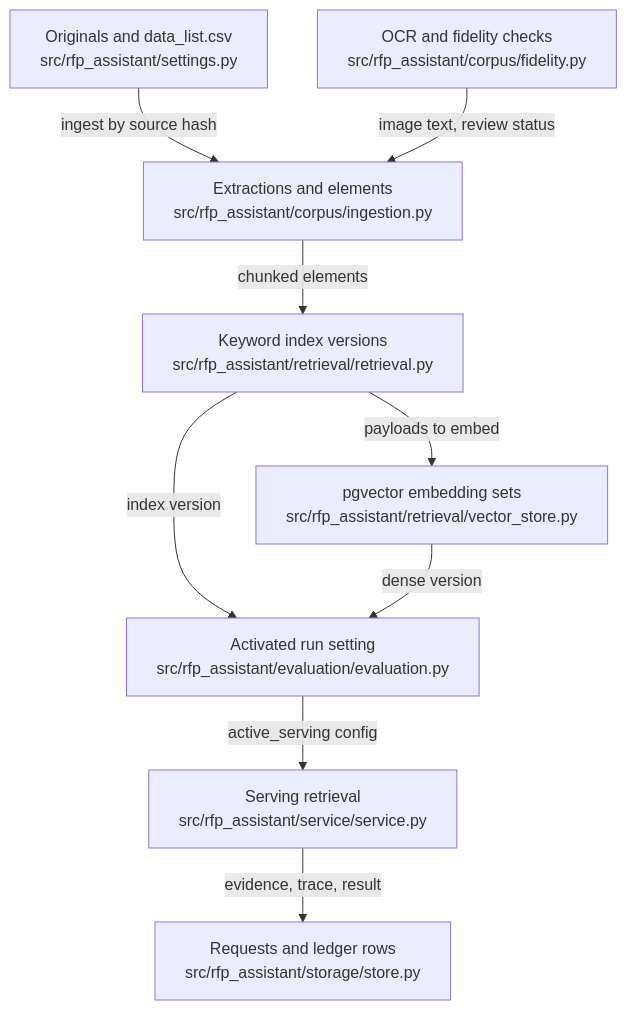
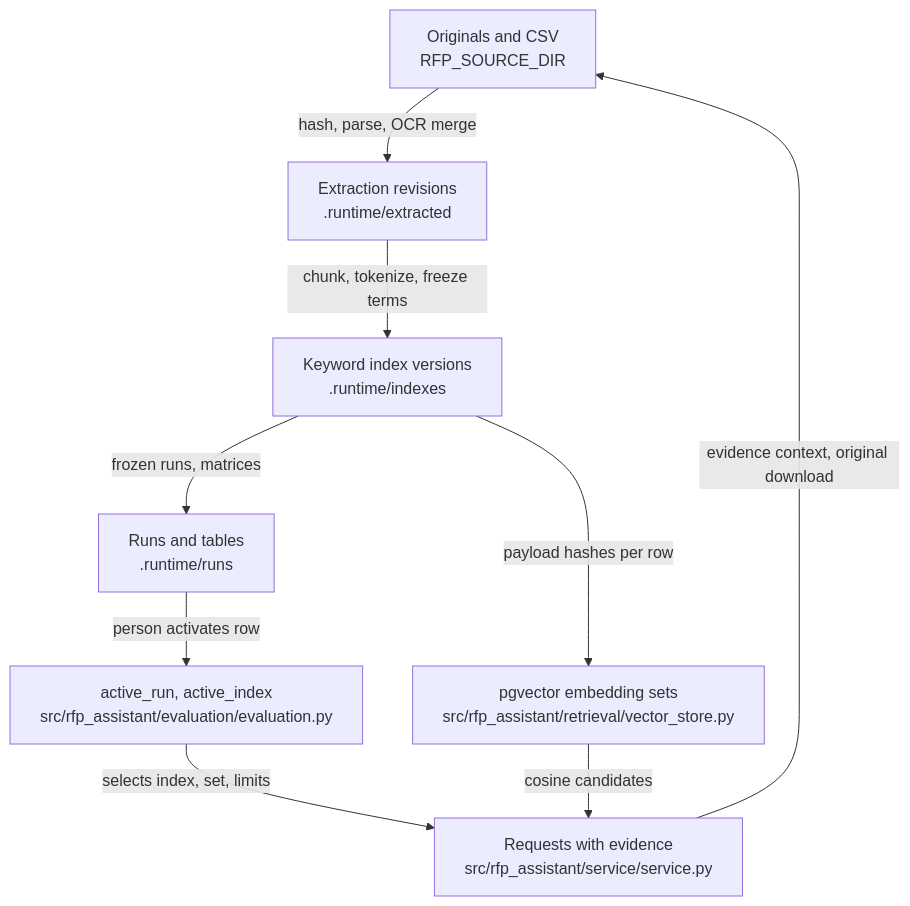
One commit to littleeeeebit/project-codeit-mid changed the diagram in .omm/data-flow/diagram.mmd. Above: the diagram before and after it, drawn with Mermaid. The commit also changed 384 other files, not shown here.

```diff
--- a/.omm/data-flow/diagram.mmd
+++ b/.omm/data-flow/diagram.mmd
@@ -1,17 +1,9 @@
 graph TD
-  source-originals["Originals and data_list.csv\nsrc/rfp_assistant/settings.py"]
-  extractions["Extractions and elements\nsrc/rfp_assistant/corpus/ingestion.py"]
-  ocr-fidelity["OCR and fidelity checks\nsrc/rfp_assistant/corpus/fidelity.py"]
-  keyword-index["Keyword index versions\nsrc/rfp_assistant/retrieval/retrieval.py"]
-  vector-sets["pgvector embedding sets\nsrc/rfp_assistant/retrieval/vector_store.py"]
-  active-run["Activated run setting\nsrc/rfp_assistant/evaluation/evaluation.py"]
-  serving-retrieval["Serving retrieval\nsrc/rfp_assistant/service/service.py"]
-  request-records["Requests and ledger rows\nsrc/rfp_assistant/storage/store.py"]
-  source-originals -->|ingest by source hash| extractions
-  ocr-fidelity -->|image text, review status| extractions
-  extractions -->|chunked elements| keyword-index
-  keyword-index -->|payloads to embed| vector-sets
-  keyword-index -->|index version| active-run
-  vector-sets -->|dense version| active-run
-  active-run -->|active_serving config| serving-retrieval
-  serving-retrieval -->|evidence, trace, result| request-records
+  original-files["Originals and CSV\nRFP_SOURCE_DIR"] -->|hash, parse, OCR merge| extraction-artifacts["Extraction revisions\n.runtime/extracted"]
+  extraction-artifacts -->|chunk, tokenize, freeze terms| keyword-index["Keyword index versions\n.runtime/indexes"]
+  keyword-index -->|payload hashes per row| embedding-sets["pgvector embedding sets\nsrc/rfp_assistant/retrieval/vector_store.py"]
+  keyword-index -->|frozen runs, matrices| evaluation-artifacts["Runs and tables\n.runtime/runs"]
+  evaluation-artifacts -->|person activates row| serving-activation["active_run, active_index\nsrc/rfp_assistant/evaluation/evaluation.py"]
+  serving-activation -->|selects index, set, limits| request-records["Requests with evidence\nsrc/rfp_assistant/service/service.py"]
+  embedding-sets -->|cosine candidates| request-records
+  request-records -->|evidence context, original download| original-files
```
